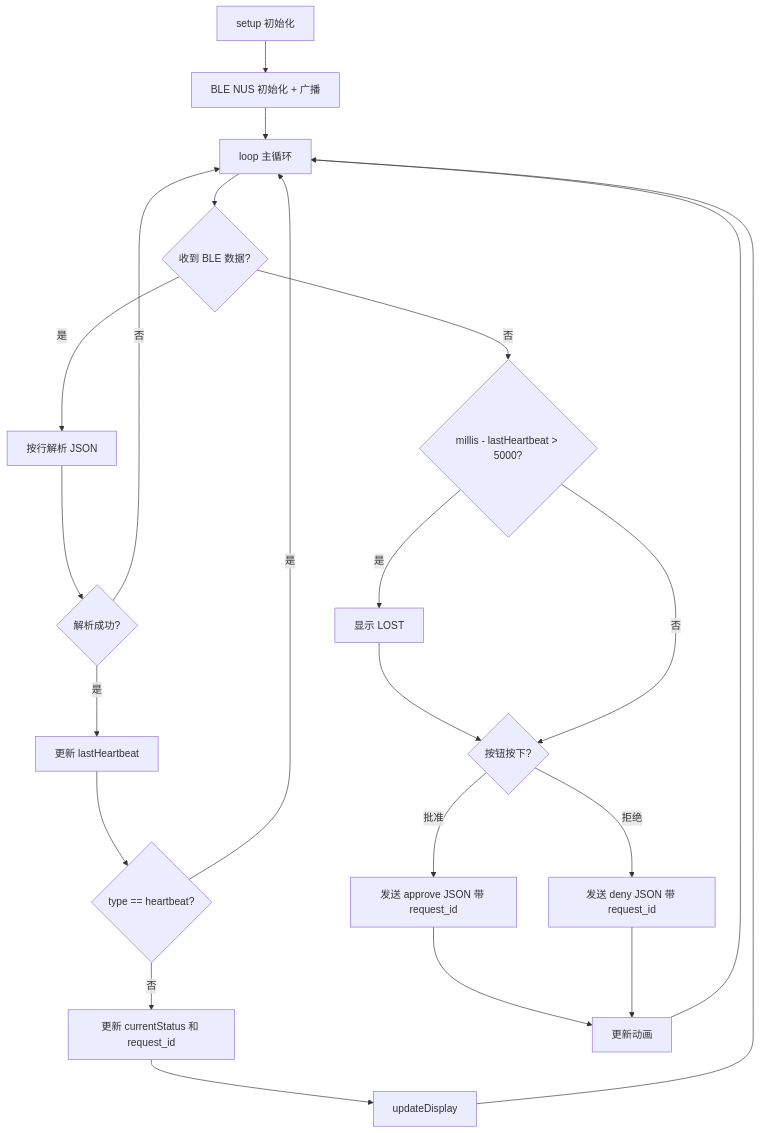
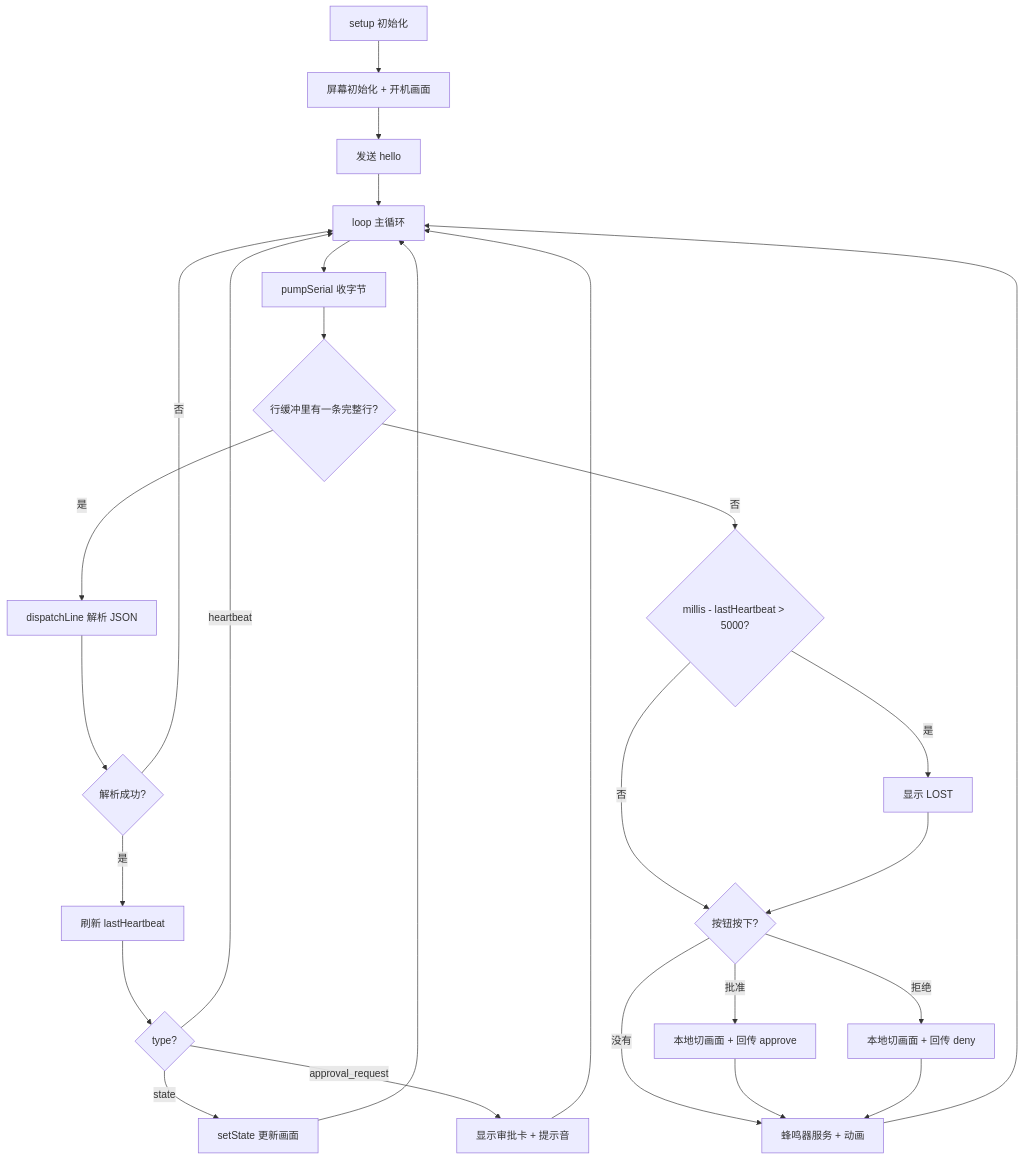
One commit to zenith8366/myproject changed the second of 3 diagrams in vibepet/VibePet —— AI 编程助手物理状态显示与审批终端（USB 有线版）v3.0.md. Above: the diagram before and after it, drawn with Mermaid. The commit also changed other lines of this file and 16 other files, not shown here.

````diff
--- a/vibepet/VibePet —— AI 编程助手物理状态显示与审批终端（USB 有线版）v3.0.md
+++ b/vibepet/VibePet —— AI 编程助手物理状态显示与审批终端（USB 有线版）v3.0.md
@@ -435,24 +483,28 @@
 ```mermaid
 flowchart TD
-    A[setup 初始化] --> B[BLE NUS 初始化 + 广播]
-    B --> C[loop 主循环]
-    C --> D{收到 BLE 数据?}
-    D -->|是| E[按行解析 JSON]
-    E --> F{解析成功?}
-    F -->|是| G[更新 lastHeartbeat]
-    G --> H{type == heartbeat?}
-    H -->|是| C
-    H -->|否| I[更新 currentStatus 和 request_id]
-    I --> J[updateDisplay]
-    J --> C
-    F -->|否| C
-    D -->|否| K{millis - lastHeartbeat > 5000?}
-    K -->|是| L[显示 LOST]
-    L --> M{按钮按下?}
-    K -->|否| M
-    M -->|批准| N[发送 approve JSON 带 request_id]
-    M -->|拒绝| O[发送 deny JSON 带 request_id]
-    N --> P[更新动画]
-    O --> P
-    P --> C
+    A[setup 初始化] --> B[屏幕初始化 + 开机画面]
+    B --> C[发送 hello]
+    C --> D[loop 主循环]
+    D --> E[pumpSerial 收字节]
+    E --> F{行缓冲里有一条完整行?}
+    F -->|是| G[dispatchLine 解析 JSON]
+    G --> H{解析成功?}
+    H -->|是| I[刷新 lastHeartbeat]
+    H -->|否| D
+    I --> J{type?}
+    J -->|heartbeat| D
+    J -->|state| K[setState 更新画面]
+    J -->|approval_request| L[显示审批卡 + 提示音]
+    K --> D
+    L --> D
+    F -->|否| M{millis - lastHeartbeat > 5000?}
+    M -->|是| N[显示 LOST]
+    M -->|否| O{按钮按下?}
+    N --> O
+    O -->|批准| P[本地切画面 + 回传 approve]
+    O -->|拒绝| Q[本地切画面 + 回传 deny]
+    O -->|没有| R[蜂鸣器服务 + 动画]
+    P --> R
+    Q --> R
+    R --> D
 ```
````
